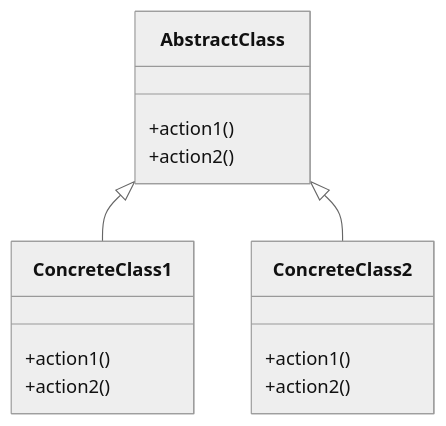
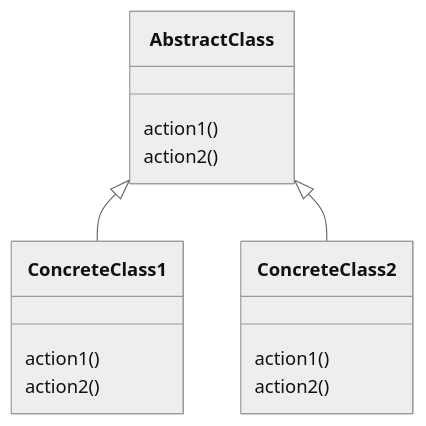
Before and after one commit to jmjurado23/ruby-design-patterns: the first of 2 diagrams in template-method-pattern/README.md, drawn with Mermaid (neutral theme). The commit also changed other lines of this file and 1 other file, not shown here.

Commit message:
Improvement template method README

````diff
--- a/template-method-pattern/README.md
+++ b/template-method-pattern/README.md
@@ -5,20 +5,20 @@
 ```mermaid
 classDiagram
     AbstractClass <|-- ConcreteClass1
     AbstractClass <|-- ConcreteClass2
 
     class AbstractClass{
-        +action1()
-        +action2()
+        action1()
+        action2()
     }
 
     class ConcreteClass1{
-        +action1()
-        +action2()
+        action1()
+        action2()
     }
 
     class ConcreteClass2{
-        +action1()
-        +action2()
+        action1()
+        action2()
     }
 ```
````
